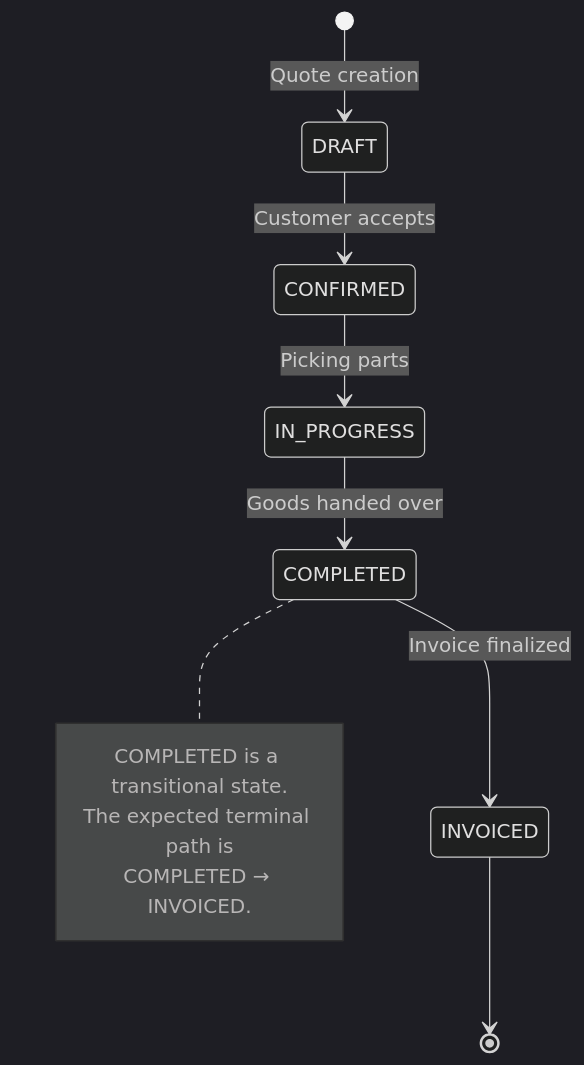
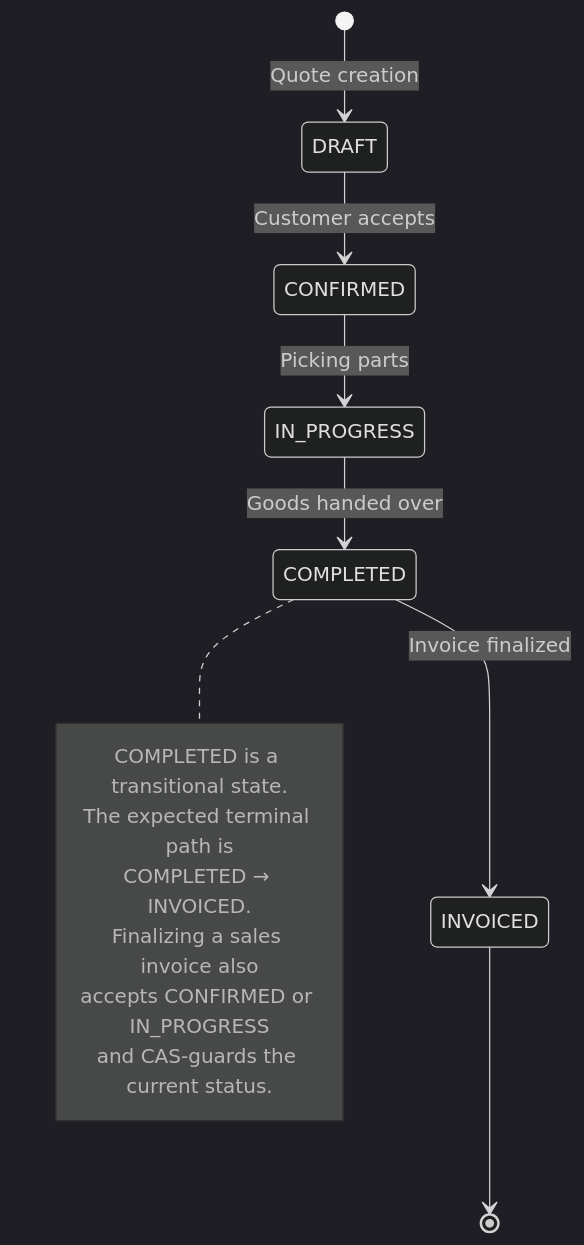
Before and after one commit to vandean25/auto-core-platform: the third of 9 diagrams in docs/internal/04-Database/state-machines.md, drawn with Mermaid (dark theme). The commit also changed other lines of this file and 13 other files, not shown here.

First line of the commit message:
fix(core-api): guard PO/SO/workshop/invoice status transitions (AUT-132)

````diff
--- a/docs/internal/04-Database/state-machines.md
+++ b/docs/internal/04-Database/state-machines.md
@@ -101,16 +123,19 @@
 ```mermaid
 stateDiagram-v2
     [*] --> DRAFT: Quote creation
     DRAFT --> CONFIRMED: Customer accepts
     CONFIRMED --> IN_PROGRESS: Picking parts
     IN_PROGRESS --> COMPLETED: Goods handed over
     COMPLETED --> INVOICED: Invoice finalized
     
     INVOICED --> [*]
 
     note right of COMPLETED
       COMPLETED is a transitional state.
       The expected terminal path is
       COMPLETED → INVOICED.
+      Finalizing a sales invoice also
+      accepts CONFIRMED or IN_PROGRESS
+      and CAS-guards the current status.
     end note
 ```
````
